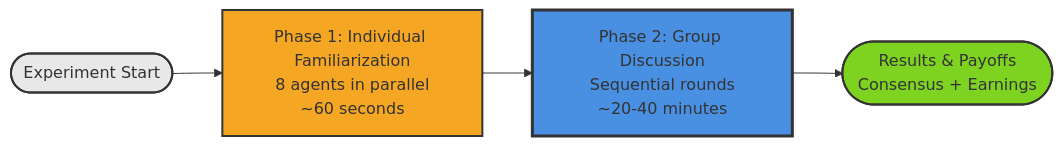
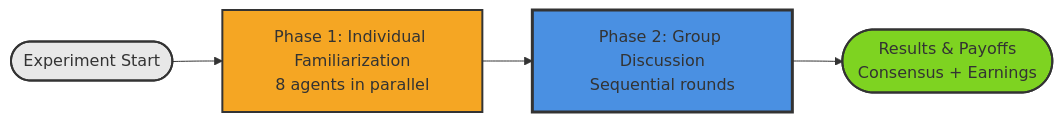
One commit to Lucas-Mueller/Master-Thesis-Lucas-Mueller changed the diagram in docs/diagrams/01_experiment_overview.md. Above: the diagram before and after it, drawn with Mermaid. The commit also changed other lines of this file and 48 other files, not shown here.

````diff
--- a/docs/diagrams/01_experiment_overview.md
+++ b/docs/diagrams/01_experiment_overview.md
@@ -15,19 +15,19 @@
 ```mermaid
 graph LR
     Start([Experiment Start])
 
-    Phase1[Phase 1: Individual Familiarization<br/>8 agents in parallel<br/>~60 seconds]
+    Phase1[Phase 1: Individual Familiarization<br/>8 agents in parallel]
 
-    Phase2[Phase 2: Group Discussion<br/>Sequential rounds<br/>~20-40 minutes]
+    Phase2[Phase 2: Group Discussion<br/>Sequential rounds]
 
     Results([Results & Payoffs<br/>Consensus + Earnings])
 
     Start --> Phase1
     Phase1 --> Phase2
     Phase2 --> Results
 
     style Start fill:#E8E8E8,stroke:#333,stroke-width:2px
     style Phase1 fill:#F5A623,stroke:#333,stroke-width:2px
     style Phase2 fill:#4A90E2,stroke:#333,stroke-width:3px
     style Results fill:#7ED321,stroke:#333,stroke-width:2px
 ```
````
